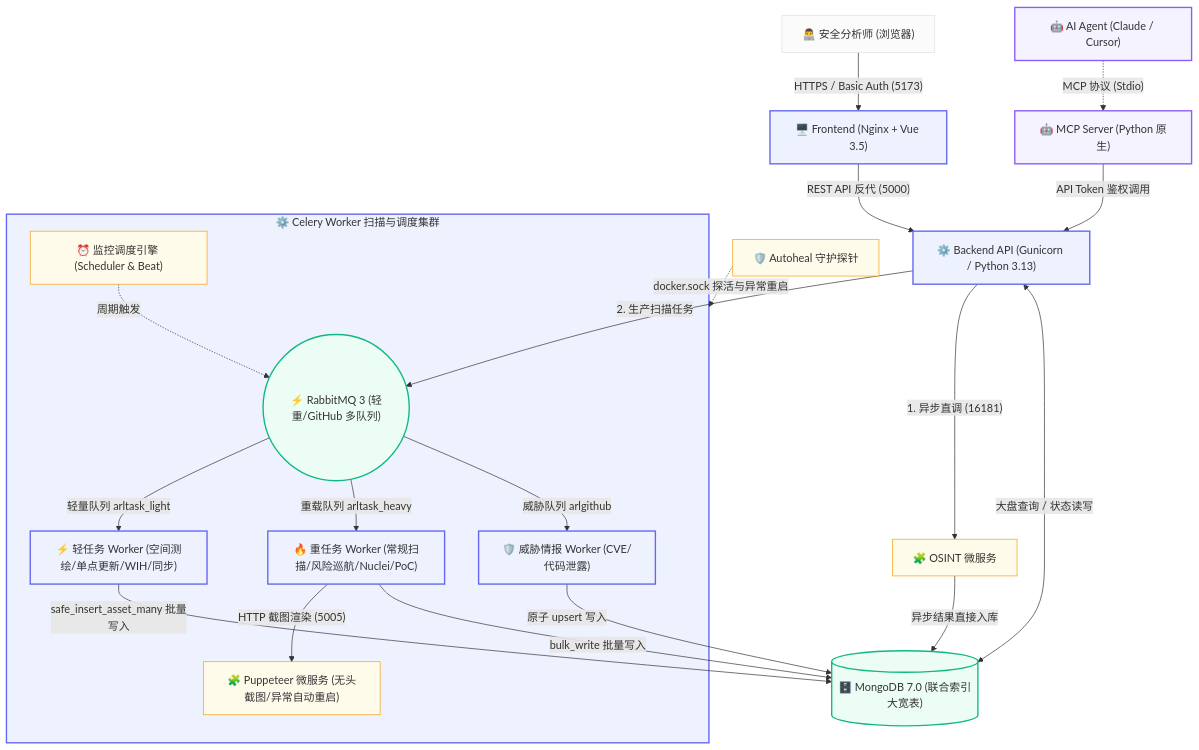
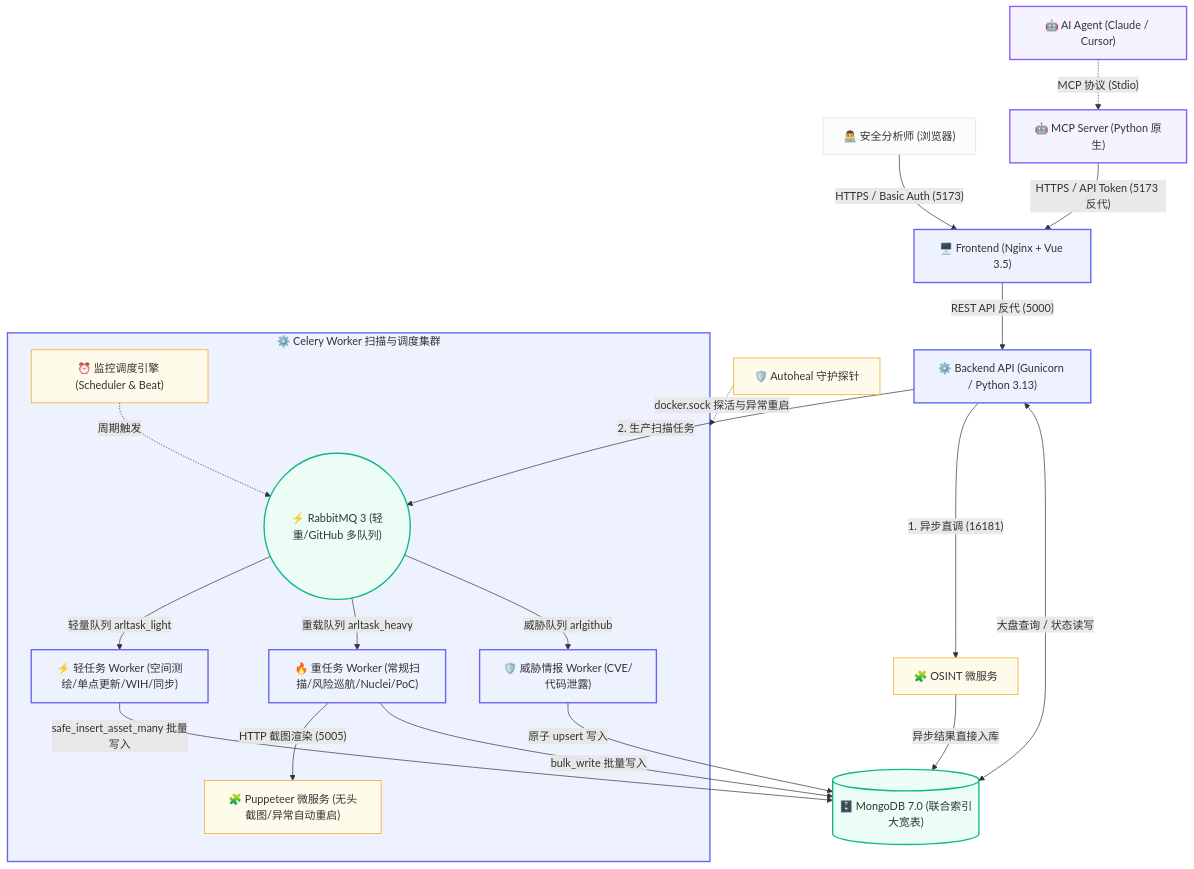
One commit to WeilianC/ARL-Next changed the diagram in README.md. Above: the diagram before and after it, drawn with Mermaid. The commit also changed other lines of this file and 3 other files, not shown here.

````diff
--- a/README.md
+++ b/README.md
@@ -140,44 +141,44 @@
 ```mermaid
 graph TD
     %% 1. 接入层
     User["👨‍💻 安全分析师 (浏览器)"] -->|"HTTPS / Basic Auth (5173)"| Nginx["🖥️ Frontend (Nginx + Vue 3.5)"]
     Agent["🤖 AI Agent (Claude / Cursor)"] -.->|"MCP 协议 (Stdio)"| MCP["🤖 MCP Server (Python 原生)"]
 
     %% 2. API 网关层
     Nginx -->|"REST API 反代 (5000)"| Backend["⚙️ Backend API (Gunicorn / Python 3.13)"]
-    MCP -->|"API Token 鉴权调用"| Backend
+    MCP -->|"HTTPS / API Token (5173 反代)"| Nginx
 
     %% 3. 调度与任务分流 (双轨解耦)
     Backend -->|"1. 异步直调 (16181)"| OSINT["🧩 OSINT 微服务"]
     Backend -->|"2. 生产扫描任务"| MQ(("⚡ RabbitMQ 3 (轻重/GitHub 多队列)"))
 
     %% 4. Celery Worker 扫描计算集群
     subgraph WorkerCluster ["⚙️ Celery Worker 扫描与调度集群"]
         MQ -->|"轻量队列 arltask_light"| W_Light["⚡ 轻任务 Worker (空间测绘/单点更新/WIH/同步)"]
         MQ -->|"重载队列 arltask_heavy"| W_Heavy["🔥 重任务 Worker (常规扫描/风险巡航/Nuclei/PoC)"]
         MQ -->|"威胁队列 arlgithub"| W_Git["🛡️ 威胁情报 Worker (CVE/代码泄露)"]
         
         Scheduler["⏰ 监控调度引擎 (Scheduler & Beat)"] -.->|"周期触发"| MQ
         W_Heavy -->|"HTTP 截图渲染 (5005)"| Puppeteer["🧩 Puppeteer 微服务 (无头截图/异常自动重启)"]
     end
 
     %% 5. 数据统一落库 (从上往下自然汇聚分流)
     Backend <-->|"大盘查询 / 状态读写"| DB[("🗄️ MongoDB 7.0 (联合索引大宽表)")]
     OSINT -->|"异步结果直接入库"| DB
     W_Light -->|"safe_insert_asset_many 批量写入"| DB
     W_Heavy -->|"bulk_write 批量写入"| DB
     W_Git -->|"原子 upsert 写入"| DB
 
     Autoheal["🛡️ Autoheal 守护探针"] -.->|"docker.sock 探活与异常重启"| WorkerCluster
 
     classDef default fill:#fbfbfb,stroke:#e0e0e0,stroke-width:1px;
     classDef core fill:#eef2ff,stroke:#6366f1,stroke-width:2px;
     classDef ai fill:#f5f3ff,stroke:#8b5cf6,stroke-width:2px;
     classDef db fill:#ecfdf5,stroke:#10b981,stroke-width:2px;
     classDef micro fill:#fffbeb,stroke:#f59e0b,stroke-width:1px;
     
     class Nginx,Backend,WorkerCluster,W_Light,W_Heavy,W_Git core;
     class Agent,MCP ai;
     class DB,MQ db;
     class OSINT,Puppeteer,Autoheal,Scheduler micro;
 ```
````
